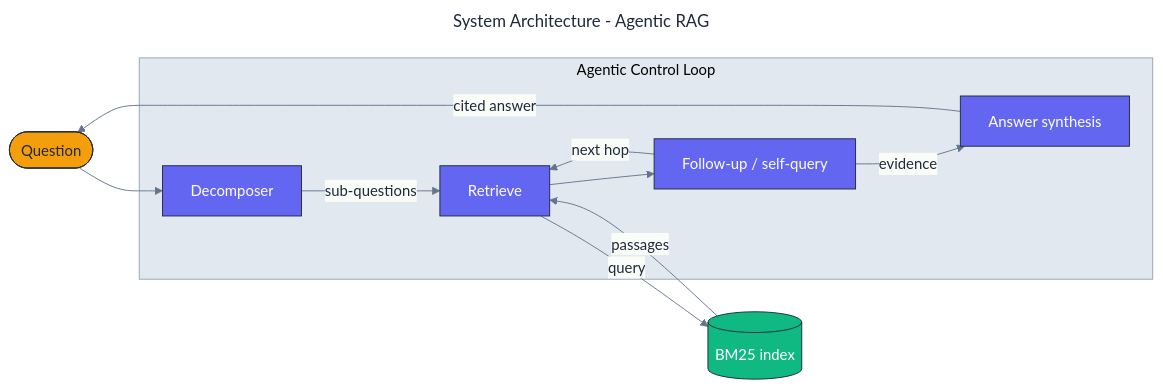
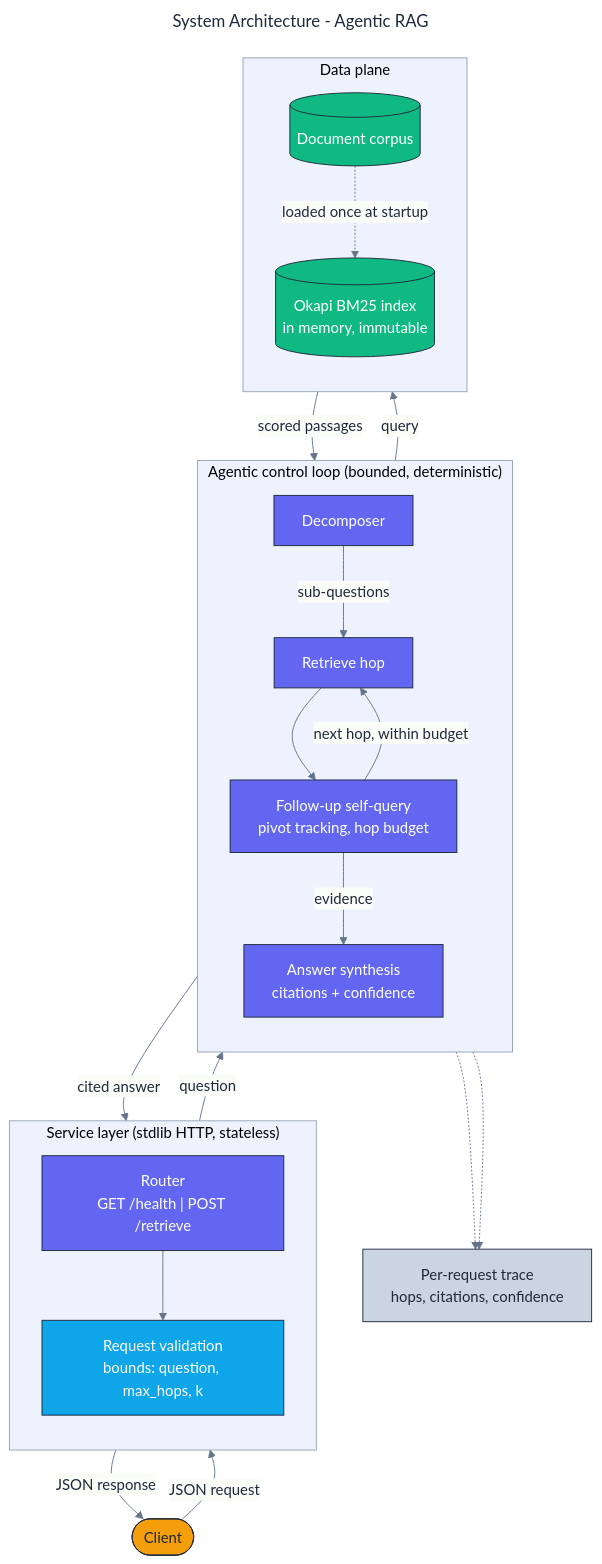
Before and after one commit to adeoluo/agentic-rag: the diagram in docs/architecture/architecture.mmd, drawn with Mermaid. The commit also changed 9 other files, not shown here.

First line of the commit message:
feat: add HTTP service, stress benchmark, and operations documentation

```diff
--- a/docs/architecture/architecture.mmd
+++ b/docs/architecture/architecture.mmd
@@ -1,37 +1,58 @@
 ---
 title: System Architecture - Agentic RAG
 config:
   theme: base
   themeVariables:
     fontFamily: "Inter, system-ui, sans-serif"
     primaryColor: "#F8FAFC"
     primaryBorderColor: "#1E293B"
     primaryTextColor: "#1E293B"
     lineColor: "#64748B"
-    clusterBkg: "#E2E8F0"
+    clusterBkg: "#EEF2FF"
     clusterBorder: "#94A3B8"
 ---
-flowchart LR
+flowchart TB
+    classDef edge     fill:#F59E0B,stroke:#1E293B,color:#1E293B,stroke-width:1px;
     classDef core     fill:#6366F1,stroke:#1E293B,color:#ffffff,stroke-width:1px;
     classDef data     fill:#10B981,stroke:#1E293B,color:#ffffff,stroke-width:1px;
-    classDef external fill:#F59E0B,stroke:#1E293B,color:#1E293B,stroke-width:1px;
+    classDef control  fill:#0EA5E9,stroke:#1E293B,color:#ffffff,stroke-width:1px;
+    classDef obs      fill:#CBD5E1,stroke:#1E293B,color:#1E293B,stroke-width:1px;
 
-    Question([Question]):::external
+    Client([Client]):::edge
 
-    subgraph Agent["Agentic Control Loop"]
-        Decompose[Decomposer]:::core
-        Retrieve[Retrieve]:::core
-        FollowUp[Follow-up / self-query]:::core
-        Synthesize[Answer synthesis]:::core
+    subgraph Edge["Service layer (stdlib HTTP, stateless)"]
+        direction TB
+        Router["Router<br/>GET /health | POST /retrieve"]:::core
+        Validate["Request validation<br/>bounds: question, max_hops, k"]:::control
     end
 
-    Index[(BM25 index)]:::data
+    subgraph Loop["Agentic control loop (bounded, deterministic)"]
+        direction TB
+        Decompose[Decomposer]:::core
+        Retrieve[Retrieve hop]:::core
+        FollowUp["Follow-up self-query<br/>pivot tracking, hop budget"]:::core
+        Synthesize["Answer synthesis<br/>citations + confidence"]:::core
+    end
 
-    Question --> Decompose
+    subgraph DataPlane["Data plane"]
+        direction TB
+        Index[(Okapi BM25 index<br/>in memory, immutable)]:::data
+        Corpus[(Document corpus)]:::data
+    end
+
+    Trace["Per-request trace<br/>hops, citations, confidence"]:::obs
+
+    Client -->|JSON request| Router
+    Router --> Validate
+    Validate -->|question| Decompose
     Decompose -->|sub-questions| Retrieve
     Retrieve -->|query| Index
-    Index -->|passages| Retrieve
+    Index -->|scored passages| Retrieve
     Retrieve --> FollowUp
-    FollowUp -->|next hop| Retrieve
+    FollowUp -->|next hop, within budget| Retrieve
     FollowUp -->|evidence| Synthesize
-    Synthesize -->|cited answer| Question
+    Corpus -.->|loaded once at startup| Index
+    Synthesize -->|cited answer| Router
+    Router -->|JSON response| Client
+    Synthesize -.-> Trace
+    Retrieve -.-> Trace
```
